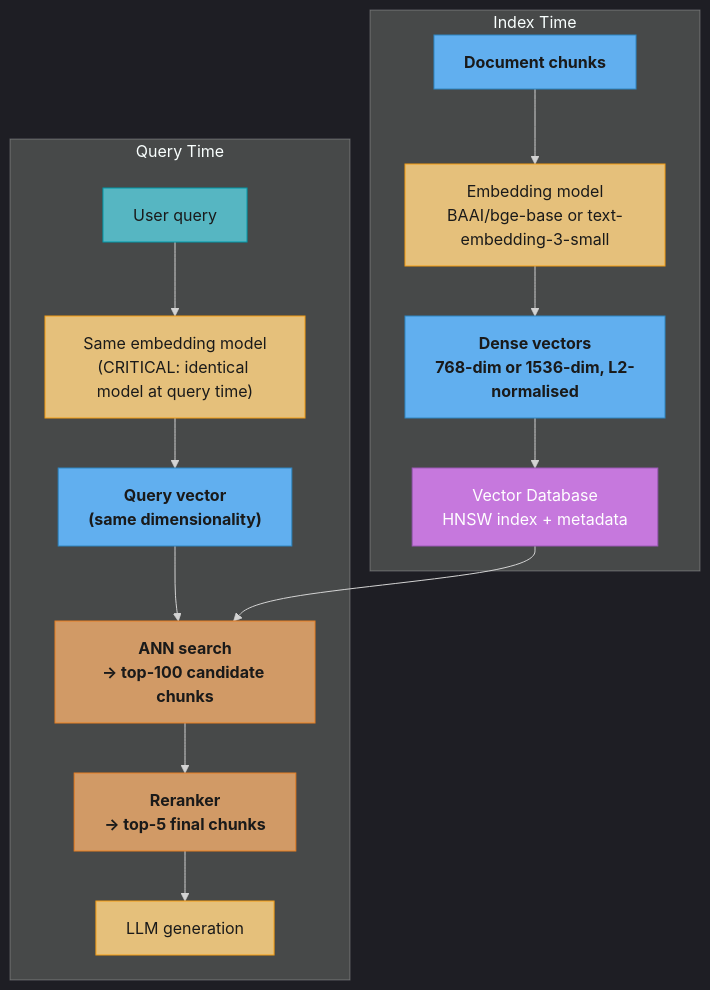
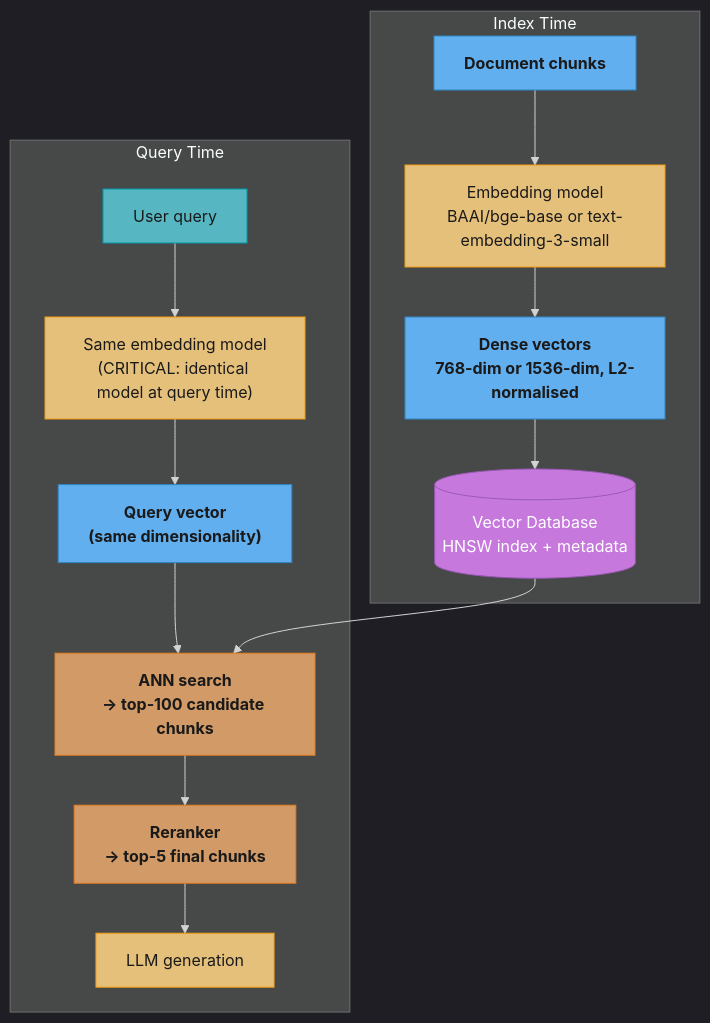
One commit to rppol/system-design changed the second of 2 diagrams in src/main/java/com/rutik/systemdesign/llm/rag_fundamentals/embedding_models.md. Above: the diagram before and after it, drawn with Mermaid. The commit also changed other lines of this file, not shown here.

Commit message:
chore(diagrams): product logos + ascii sweep in rag_fundamentals/embedding_models.md

````diff
--- a/src/main/java/com/rutik/systemdesign/llm/rag_fundamentals/embedding_models.md
+++ b/src/main/java/com/rutik/systemdesign/llm/rag_fundamentals/embedding_models.md
@@ -361,37 +377,37 @@
 ```mermaid
 %%{init: {'flowchart': {'curve': 'basis'}, 'theme': 'dark'}}%%
 flowchart TD
     classDef io      fill:#61afef,stroke:#2e86c1,color:#1a1a1a,font-weight:bold
     classDef frozen  fill:#c678dd,stroke:#9b59b6,color:#fff
     classDef train   fill:#98c379,stroke:#27ae60,color:#1a1a1a
     classDef mathOp  fill:#d19a66,stroke:#e67e22,color:#1a1a1a,font-weight:bold
     classDef lossN   fill:#e06c75,stroke:#c0392b,color:#fff,font-weight:bold
     classDef req     fill:#56b6c2,stroke:#0097a7,color:#1a1a1a
     classDef base    fill:#e5c07b,stroke:#f39c12,color:#1a1a1a
 
     subgraph IDX ["Index Time"]
         CHUNKS["Document chunks"]
         EMB_I["Embedding model\nBAAI/bge-base or text-embedding-3-small"]
         VECS["Dense vectors\n768-dim or 1536-dim, L2-normalised"]
-        VDB["Vector Database\nHNSW index + metadata"]
+        VDB[("Vector Database\nHNSW index + metadata")]
         CHUNKS --> EMB_I --> VECS --> VDB
     end
 
     subgraph QRY ["Query Time"]
         Q["User query"]
         EMB_Q["Same embedding model\n(CRITICAL: identical model at query time)"]
         QVEC["Query vector\n(same dimensionality)"]
         ANN["ANN search\n→ top-100 candidate chunks"]
         RERANK["Reranker\n→ top-5 final chunks"]
         LLM["LLM generation"]
         Q --> EMB_Q --> QVEC --> ANN --> RERANK --> LLM
     end
 
     VDB --> ANN
 
     class CHUNKS,VECS,QVEC io
     class Q req
     class EMB_I,EMB_Q,LLM base
     class ANN,RERANK mathOp
     class VDB frozen
 ```
````
